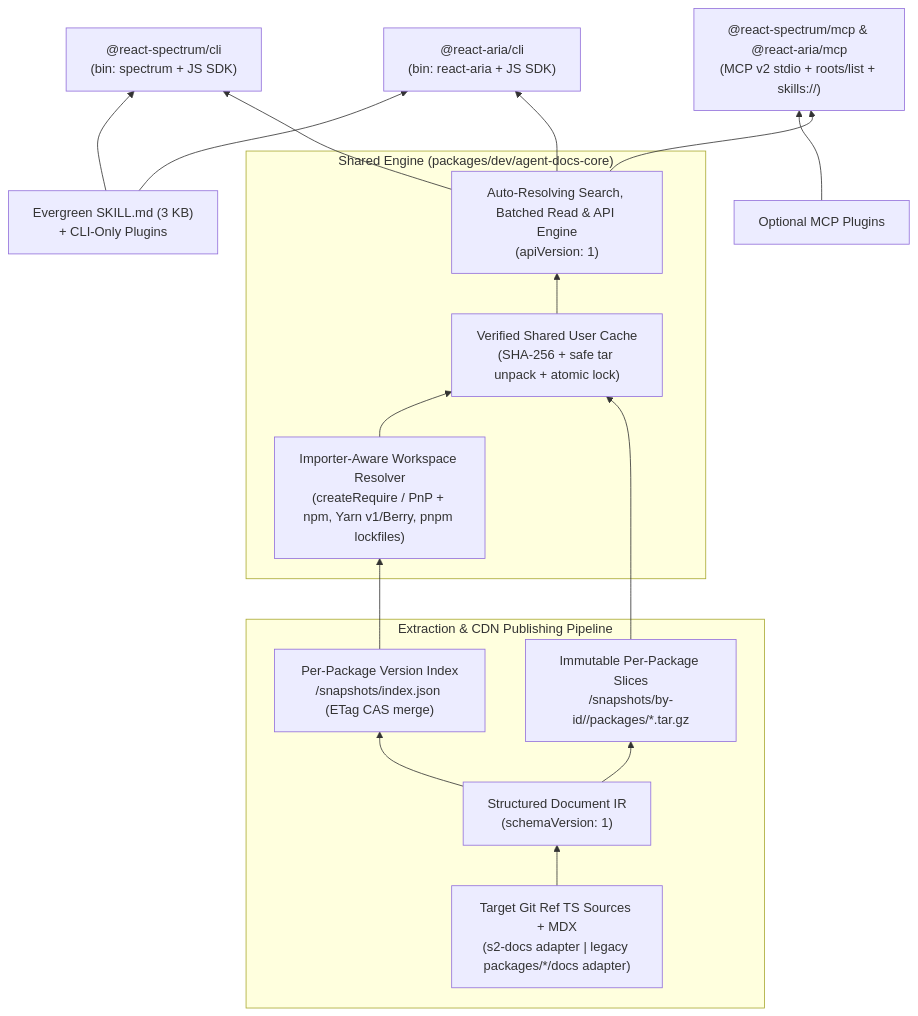
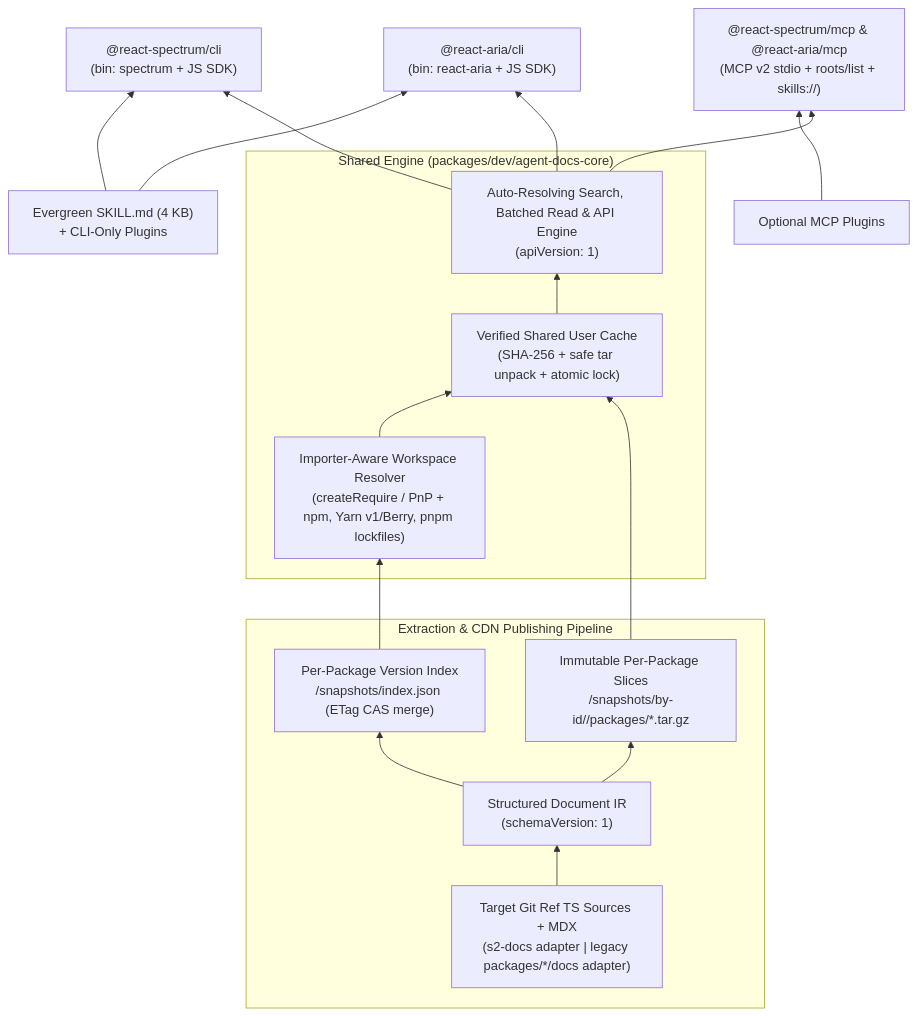
Before and after one commit to adobe/react-spectrum: the diagram in rfcs/2026-agent-clis.md, drawn with Mermaid. The commit also changed other lines of this file and 9 other files, not shown here.

````diff
--- a/rfcs/2026-agent-clis.md
+++ b/rfcs/2026-agent-clis.md
@@ -57,26 +57,26 @@
 ```mermaid
 flowchart BT
     subgraph Publish["Extraction & CDN Publishing Pipeline"]
         AST["Target Git Ref TS Sources + MDX\n(s2-docs adapter | legacy packages/*/docs adapter)"] --> IR["Structured Document IR\n(schemaVersion: 1)"]
         IR --> Slices["Immutable Per-Package Slices\n/snapshots/by-id/<snapshotId>/packages/*.tar.gz"]
         IR --> Index["Per-Package Version Index\n/snapshots/index.json (ETag CAS merge)"]
     end
 
     subgraph Core["Shared Engine (packages/dev/agent-docs-core)"]
         Resolver["Importer-Aware Workspace Resolver\n(createRequire / PnP + npm, Yarn v1/Berry, pnpm lockfiles)"]
         Cache["Verified Shared User Cache\n(SHA-256 + safe tar unpack + atomic lock)"]
         Query["Auto-Resolving Search, Batched Read & API Engine\n(apiVersion: 1)"]
     end
 
     Slices --> Cache
     Index --> Resolver
     Resolver --> Cache --> Query
 
     Query --> S2CLI["@react-spectrum/cli\n(bin: spectrum + JS SDK)"]
     Query --> RACCLI["@react-aria/cli\n(bin: react-aria + JS SDK)"]
     Query --> MCP["@react-spectrum/mcp & @react-aria/mcp\n(MCP v2 stdio + roots/list + skills://)"]
 
-    Skill["Evergreen SKILL.md (3 KB)\n+ CLI-Only Plugins"] --> S2CLI
+    Skill["Evergreen SKILL.md (4 KB)\n+ CLI-Only Plugins"] --> S2CLI
     Skill --> RACCLI
     MCPPlugin["Optional MCP Plugins"] --> MCP
 ```
````
